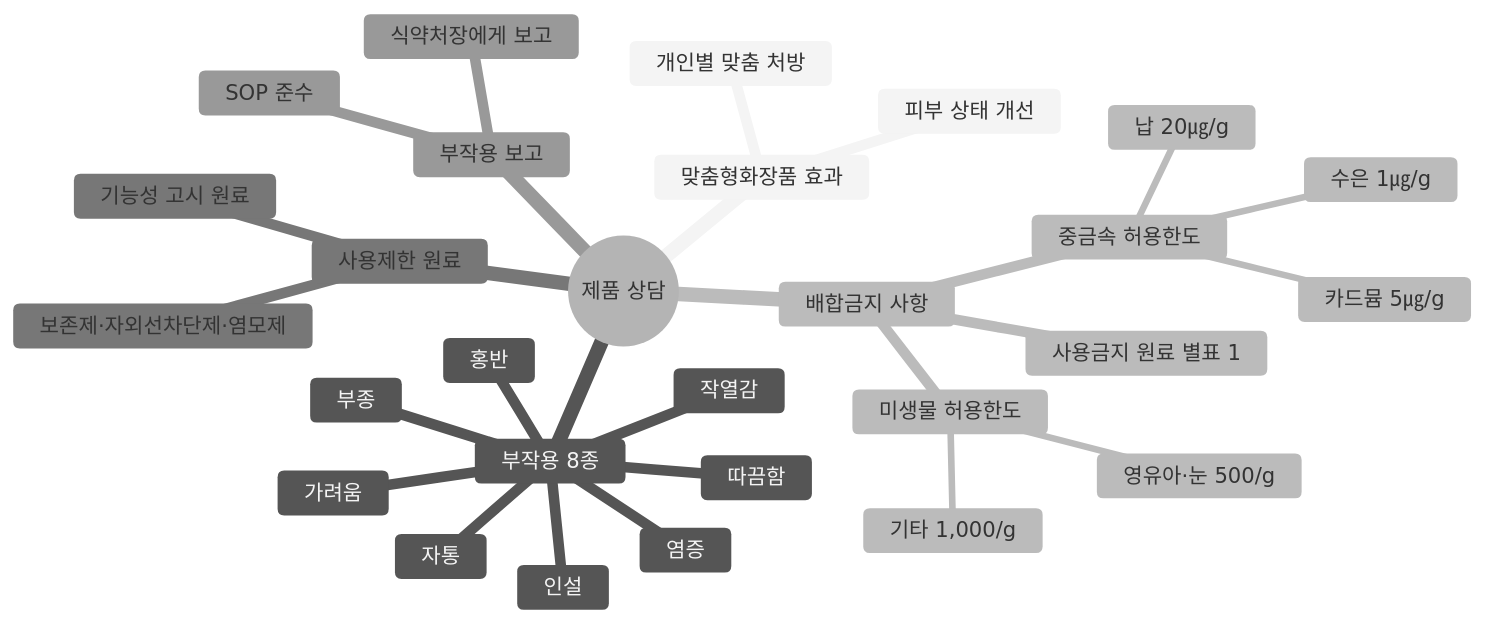
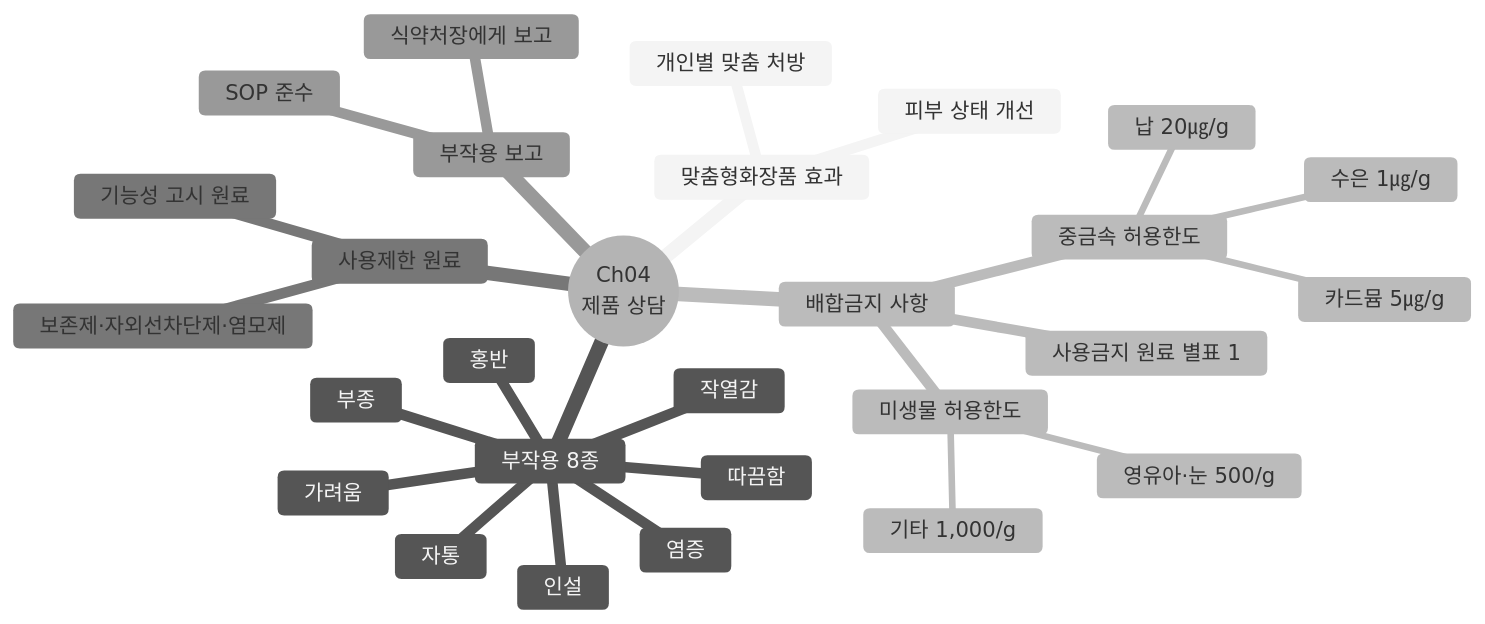
Diagram 17 of 28 in content/교재/understanding/4과목_맞춤형화장품의이해_이야기형.md (skygoldlee-cyber/Personalized_Skincare), drawn with Mermaid (neutral theme) before and after one commit. The commit also changed other lines of this file and 8 other files, not shown here.

````diff
--- a/content/교재/understanding/4과목_맞춤형화장품의이해_이야기형.md
+++ b/content/교재/understanding/4과목_맞춤형화장품의이해_이야기형.md
@@ -2393,31 +2393,31 @@
 ```mermaid
 mindmap
- root((제품 상담))
+ root((Ch04<br/>제품 상담))
   맞춤형화장품 효과
    피부 상태 개선
    개인별 맞춤 처방
   부작용 8종
    가려움
    따끔함
    부종
    염증
    인설
    자통
    작열감
    홍반
   배합금지 사항
    사용금지 원료 별표 1
    중금속 허용한도
     납 20㎍/g
     수은 1㎍/g
     카드뮴 5㎍/g
    미생물 허용한도
     영유아·눈 500/g
     기타 1,000/g
   사용제한 원료
    보존제·자외선차단제·염모제
    기능성 고시 원료
   부작용 보고
    식약처장에게 보고
    SOP 준수
 ```
````
